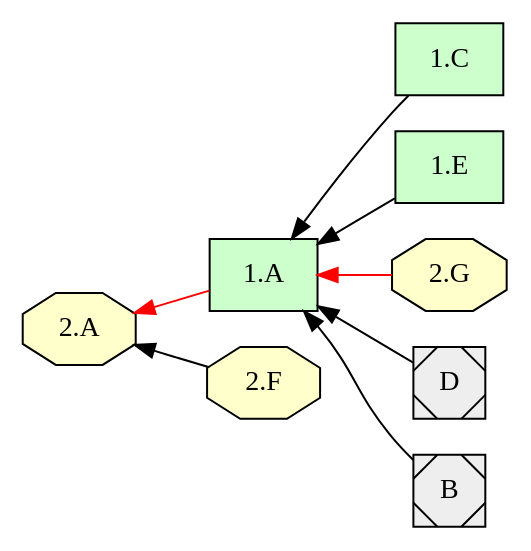
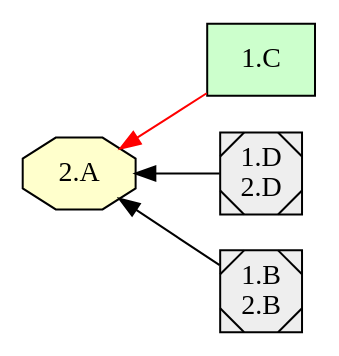
The diagram in example/abstract4/abstract4_2.dot (EulerProject/EulerX), drawn with Graphviz before and after one commit. The commit also changed 12 other files, not shown here.

```diff
--- a/example/abstract4/abstract4_2.dot
+++ b/example/abstract4/abstract4_2.dot
@@ -1,42 +1,24 @@
 digraph {
 
 rankdir = RL
 
   node [shape=box style="filled" fillcolor="#CCFFCC"]
   "1.C"
-  "1.A"
-  "1.E"
-  "1.A"
-  "1.A"
-  "1.A"
-  "1.A"
-  "1.A"
   node [shape=octagon style="filled" fillcolor="#FFFFCC"]
-  "2.F"
-  "2.A"
-  "2.A"
-  "2.G"
-  "2.G"
   "2.A"
   "2.A"
   "2.A"
   node [shape=Msquare style="filled" fillcolor="#EEEEEE"]
-  "D"
-  "B"
-  "B"
-  "D"
-  "D"
-  "B"
-  "D"
-  "B"
-  "1.C" -> "1.A" [style=filled, color=black];
-  "1.E" -> "1.A" [style=filled, color=black];
-  "2.F" -> "2.A" [style=filled, color=black];
-  "1.A" -> "2.A" [style=filled, color=red];
-  "2.G" -> "1.A" [style=filled, color=red];
-  "D" -> "1.A" [style=filled, color=black];
-  "B" -> "1.A" [style=filled, color=black];
+  "1.D\n2.D"
+  "1.B\n2.B"
+  "1.B\n2.B"
+  "1.D\n2.D"
+  "1.D\n2.D"
+  "1.B\n2.B"
+  "1.C" -> "2.A" [style=filled, color=red];
+  "1.D\n2.D" -> "2.A" [style=filled, color=black];
+  "1.B\n2.B" -> "2.A" [style=filled, color=black];
   subgraph cluster_lg {
     rankdir = LR
   }
 }
```
